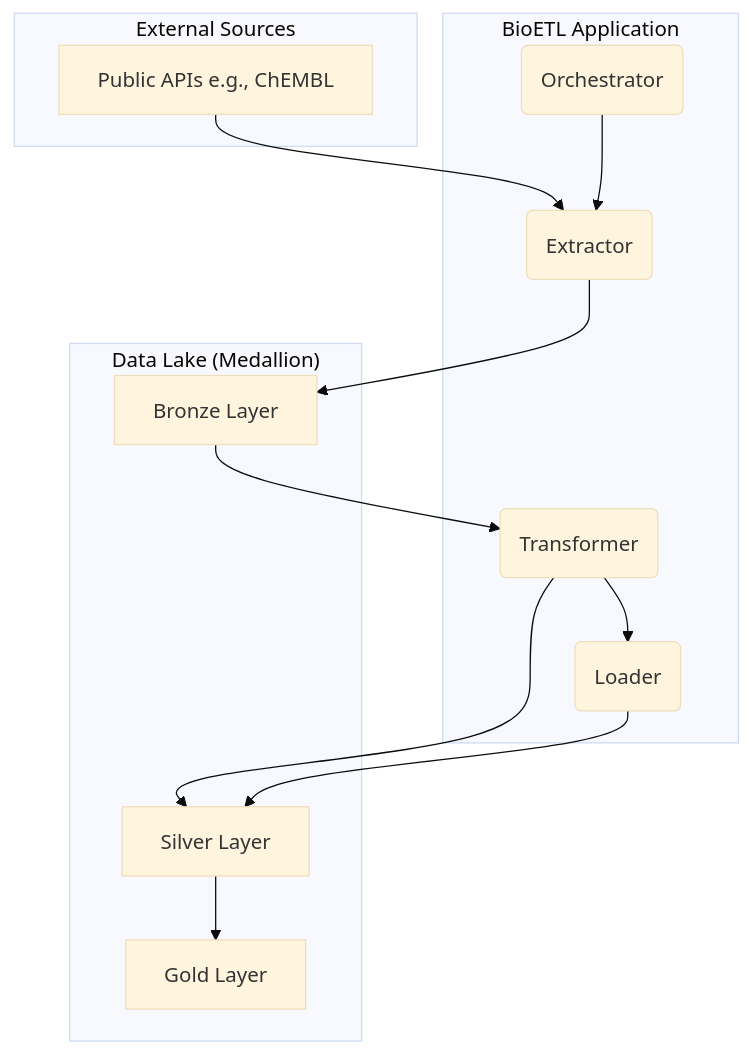
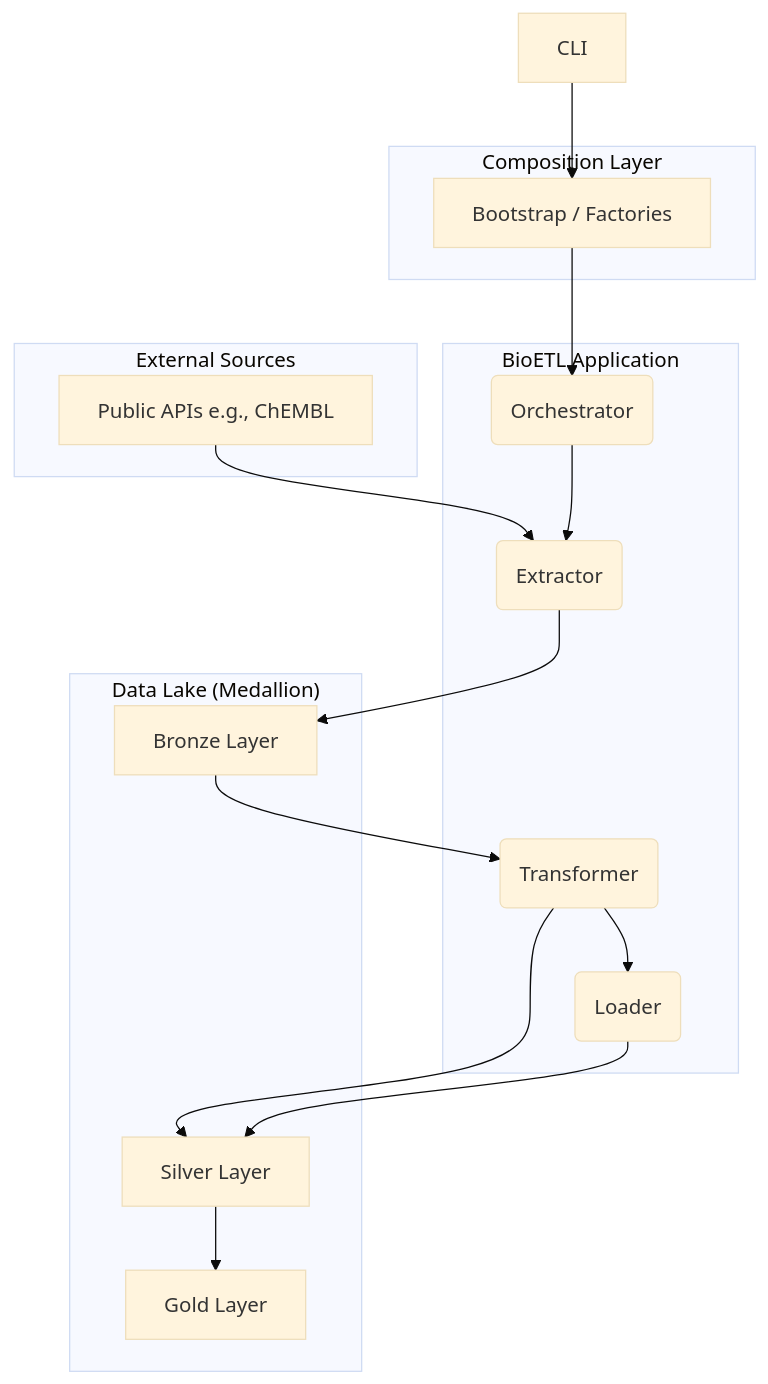
One commit to SatoryKono/BioactivityDataAcquisition changed the first of 3 diagrams in docs/02-architecture/diagrams.md. Above: the diagram before and after it, drawn with Mermaid (base theme). The commit also changed 14 other files, not shown here.

First line of the commit message:
Document and architecture updates for Composition layer

````diff
--- a/docs/02-architecture/diagrams.md
+++ b/docs/02-architecture/diagrams.md
@@ -5,28 +5,35 @@
 ```mermaid
 flowchart TD
     subgraph "External Sources"
         A[Public APIs e.g., ChEMBL]
     end
 
     subgraph "BioETL Application"
         B(Orchestrator)
         C(Extractor)
         D(Transformer)
         E(Loader)
     end
+
+    subgraph "Composition Layer"
+        CP[Bootstrap / Factories]
+    end
+
+    CLI --> CP
+    CP --> B
 
     subgraph "Data Lake (Medallion)"
         F[Bronze Layer]
         G[Silver Layer]
         H[Gold Layer]
     end
 
     A --> C
     B --> C
     C --> F
     F --> D
     D --> G
     G --> H
     D --> E
     E --> G
 ```
````
